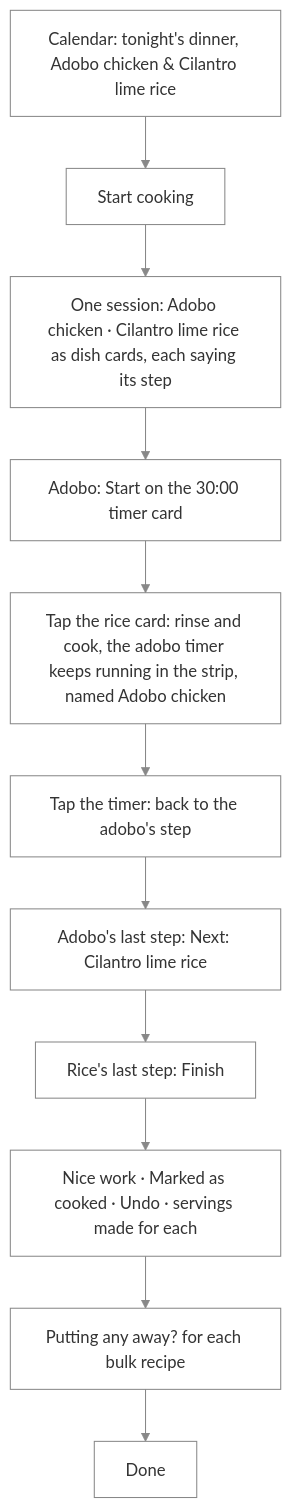
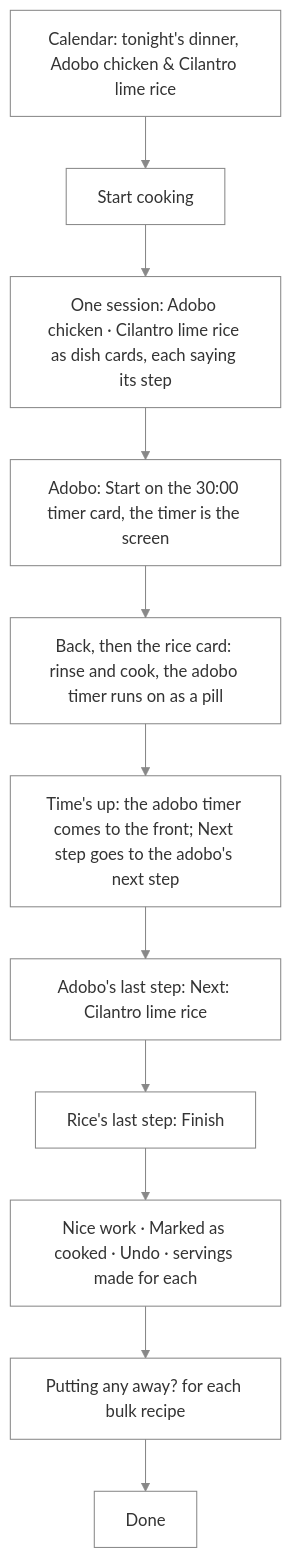
Before and after one commit to NovaMoonX/moondreams-dev-apps: diagram 46 of 56 in src/apps/pinch/UX.md, drawn with Mermaid. The commit also changed other lines of this file and 4 other files, not shown here.

````diff
--- a/src/apps/pinch/UX.md
+++ b/src/apps/pinch/UX.md
@@ -1410,10 +1433,10 @@
 ```mermaid
 %%{init: {'theme': 'base', 'themeVariables': {'primaryColor': 'transparent', 'clusterBkg': 'transparent', 'primaryBorderColor': '#888888', 'clusterBorder': '#888888', 'lineColor': '#888888', 'primaryTextColor': '#333333'}}}%%
 flowchart TD
     A["Calendar: tonight's dinner, Adobo chicken & Cilantro lime rice"] --> B["Start cooking"]
     B --> C["One session: Adobo chicken · Cilantro lime rice as dish cards, each saying its step"]
-    C --> D["Adobo: Start on the 30:00 timer card"] --> E["Tap the rice card: rinse and cook, the adobo timer keeps running in the strip, named Adobo chicken"]
-    E --> F["Tap the timer: back to the adobo's step"] --> G["Adobo's last step: Next: Cilantro lime rice"]
+    C --> D["Adobo: Start on the 30:00 timer card, the timer is the screen"] --> E["Back, then the rice card: rinse and cook, the adobo timer runs on as a pill"]
+    E --> F["Time's up: the adobo timer comes to the front; Next step goes to the adobo's next step"] --> G["Adobo's last step: Next: Cilantro lime rice"]
     G --> H["Rice's last step: Finish"] --> I["Nice work · Marked as cooked · Undo · servings made for each"]
     I --> J["Putting any away? for each bulk recipe"] --> K["Done"]
 ```
````
